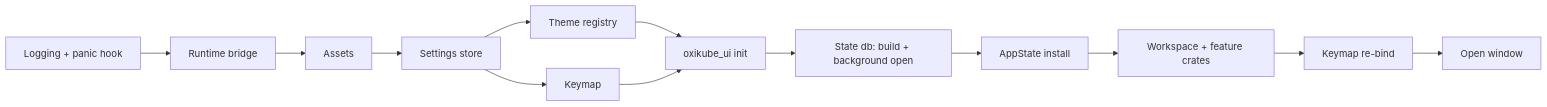
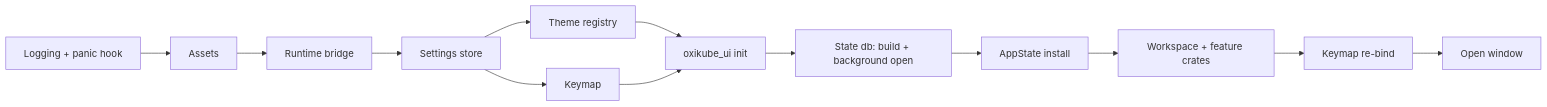
The diagram in docs/ARCHITECTURE.md (karan-vk/Oxikube), drawn with Mermaid before and after one commit. The commit also changed 8 other files, not shown here.

````diff
--- a/docs/ARCHITECTURE.md
+++ b/docs/ARCHITECTURE.md
@@ -131,15 +131,15 @@
 ```mermaid
 flowchart LR
-  A1["Logging + panic hook"] --> A2["Runtime bridge"]
-  A2 --> A3["Assets"]
+  A1["Logging + panic hook"] --> A2["Assets"]
+  A2 --> A3["Runtime bridge"]
   A3 --> A4["Settings store"]
   A4 --> A5["Theme registry"]
   A4 --> A6["Keymap"]
   A5 --> A7["oxikube_ui init"]
   A6 --> A7
   A7 --> A8["State db: build + background open"]
   A8 --> A9["AppState install"]
   A9 --> A10["Workspace + feature crates"]
   A10 --> A11["Keymap re-bind"]
   A11 --> A12["Open window"]
 ```
````
